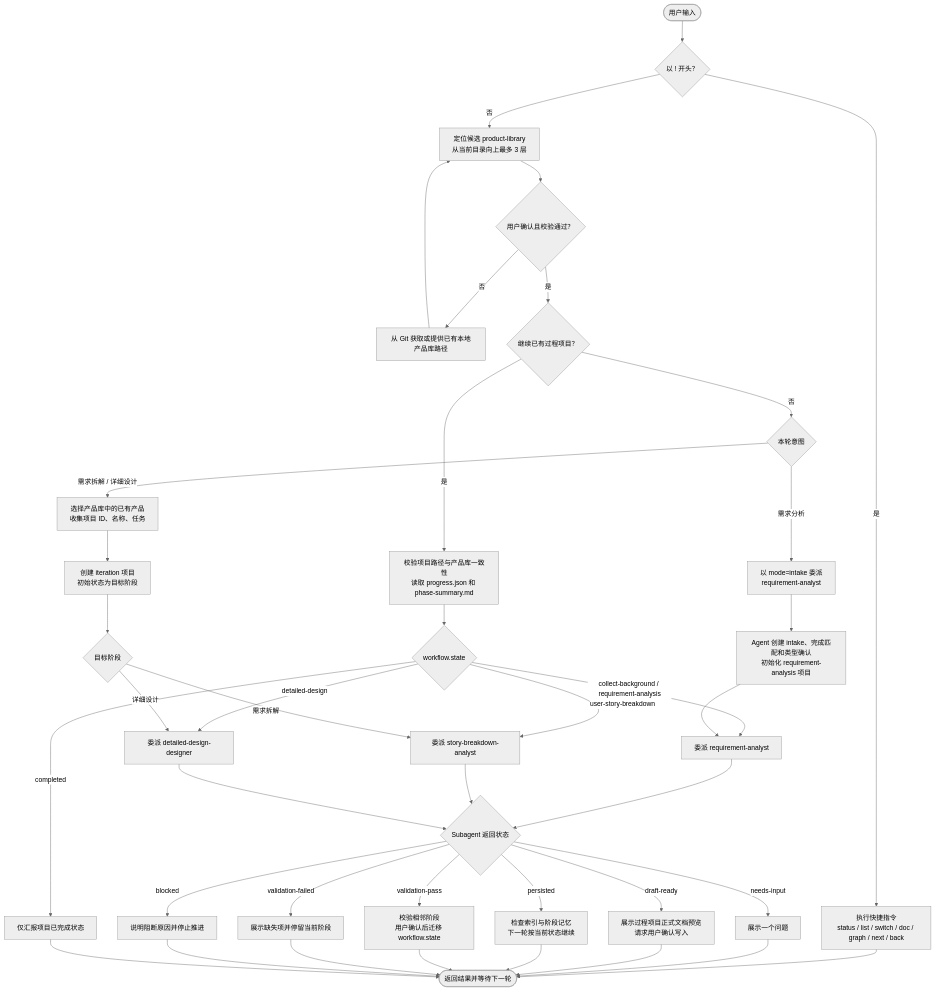
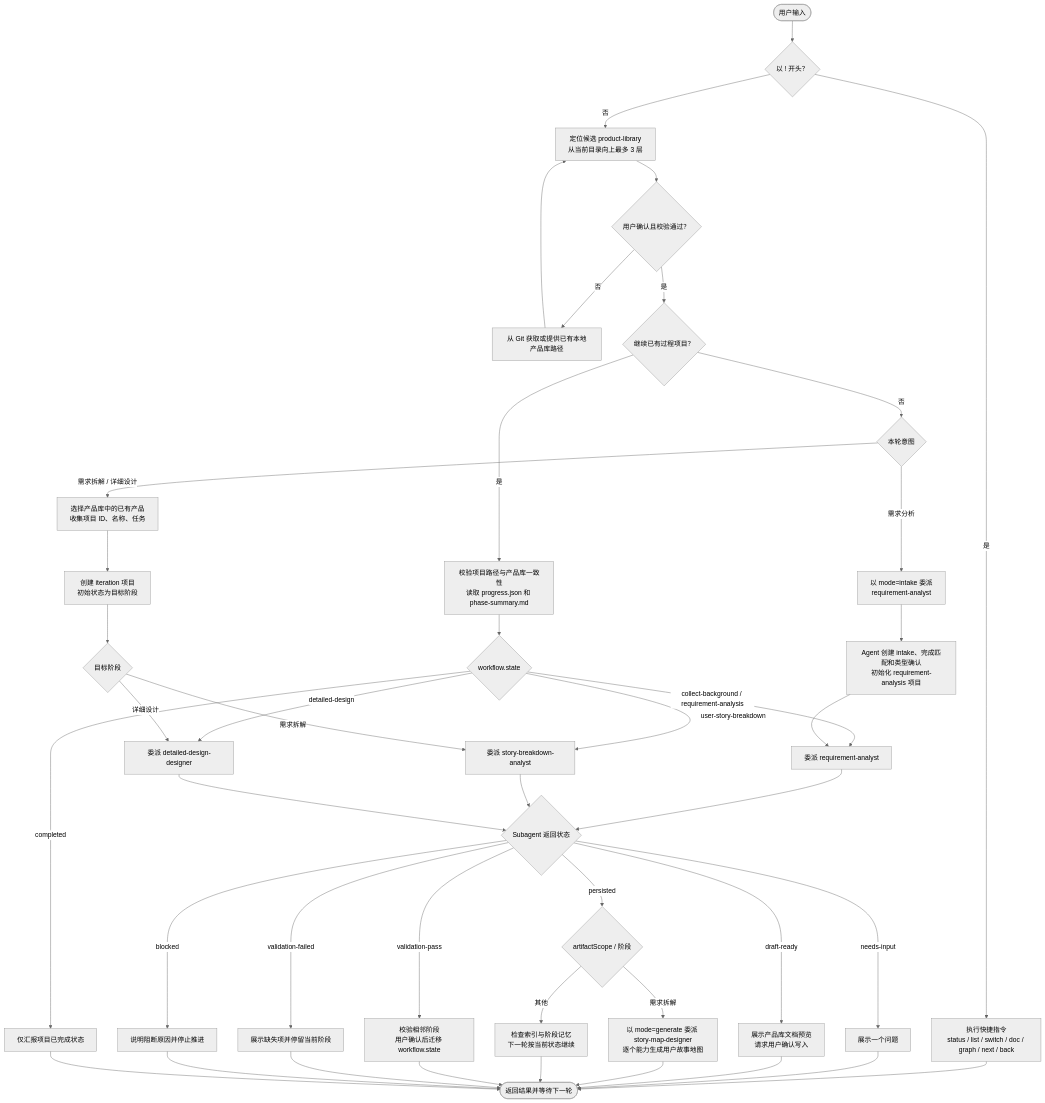
The diagram in README.md (Tiger0521/pm-orchestrator), drawn with Mermaid (neutral theme) before and after one commit. The commit also changed other lines of this file and 25 other files, not shown here.

````diff
--- a/README.md
+++ b/README.md
@@ -129,46 +130,49 @@
 ```mermaid
 flowchart TD
     Start([用户输入]) --> Shortcut{以 ! 开头？}
     Shortcut -- 是 --> Command[执行快捷指令<br/>status / list / switch / doc / graph / next / back]
     Command --> Wait([返回结果并等待下一轮])
 
     Shortcut -- 否 --> Library[定位候选 product-library<br/>从当前目录向上最多 3 层]
     Library --> LibraryOK{用户确认且校验通过？}
     LibraryOK -- 否 --> AcquireLibrary[从 Git 获取或提供已有本地产品库路径]
     AcquireLibrary --> Library
     LibraryOK -- 是 --> Project{继续已有过程项目？}
 
     Project -- 是 --> Restore[校验项目路径与产品库一致性<br/>读取 progress.json 和 phase-summary.md]
     Restore --> State{workflow.state}
     State -- collect-background / requirement-analysis --> RA[委派 requirement-analyst]
     State -- user-story-breakdown --> SB[委派 story-breakdown-analyst]
     State -- detailed-design --> DD[委派 detailed-design-designer]
     State -- completed --> Report[仅汇报项目已完成状态]
 
     Project -- 否 --> Intent{本轮意图}
     Intent -- 需求分析 --> Intake[以 mode=intake 委派<br/>requirement-analyst]
     Intake --> InitProject[Agent 创建 intake、完成匹配和类型确认<br/>初始化 requirement-analysis 项目]
     InitProject --> RA
     Intent -- 需求拆解 / 详细设计 --> Source[选择产品库中的已有产品<br/>收集项目 ID、名称、任务]
     Source --> Iteration[创建 iteration 项目<br/>初始状态为目标阶段]
     Iteration --> Target{目标阶段}
     Target -- 需求拆解 --> SB
     Target -- 详细设计 --> DD
 
     RA --> Result{Subagent 返回状态}
     SB --> Result
     DD --> Result
     Result -- needs-input --> Ask[展示一个问题]
     Ask --> Wait
-    Result -- draft-ready --> Confirm[展示过程项目正式文档预览<br/>请求用户确认写入]
+    Result -- draft-ready --> Confirm[展示产品库文档预览<br/>请求用户确认写入]
     Confirm --> Wait
-    Result -- persisted --> Continue[检查索引与阶段记忆<br/>下一轮按当前状态继续]
+    Result -- persisted --> Persisted{artifactScope / 阶段}
+    Persisted -- 需求拆解 --> StoryMap[以 mode=generate 委派 story-map-designer<br/>逐个能力生成用户故事地图]
+    StoryMap --> Wait
+    Persisted -- 其他 --> Continue[检查索引与阶段记忆<br/>下一轮按当前状态继续]
     Result -- validation-pass --> Transition[校验相邻阶段<br/>用户确认后迁移 workflow.state]
     Result -- validation-failed --> Fix[展示缺失项并停留当前阶段]
     Result -- blocked --> Blocked[说明阻断原因并停止推进]
     Continue --> Wait
     Transition --> Wait
     Fix --> Wait
     Blocked --> Wait
     Report --> Wait
 ```
````
